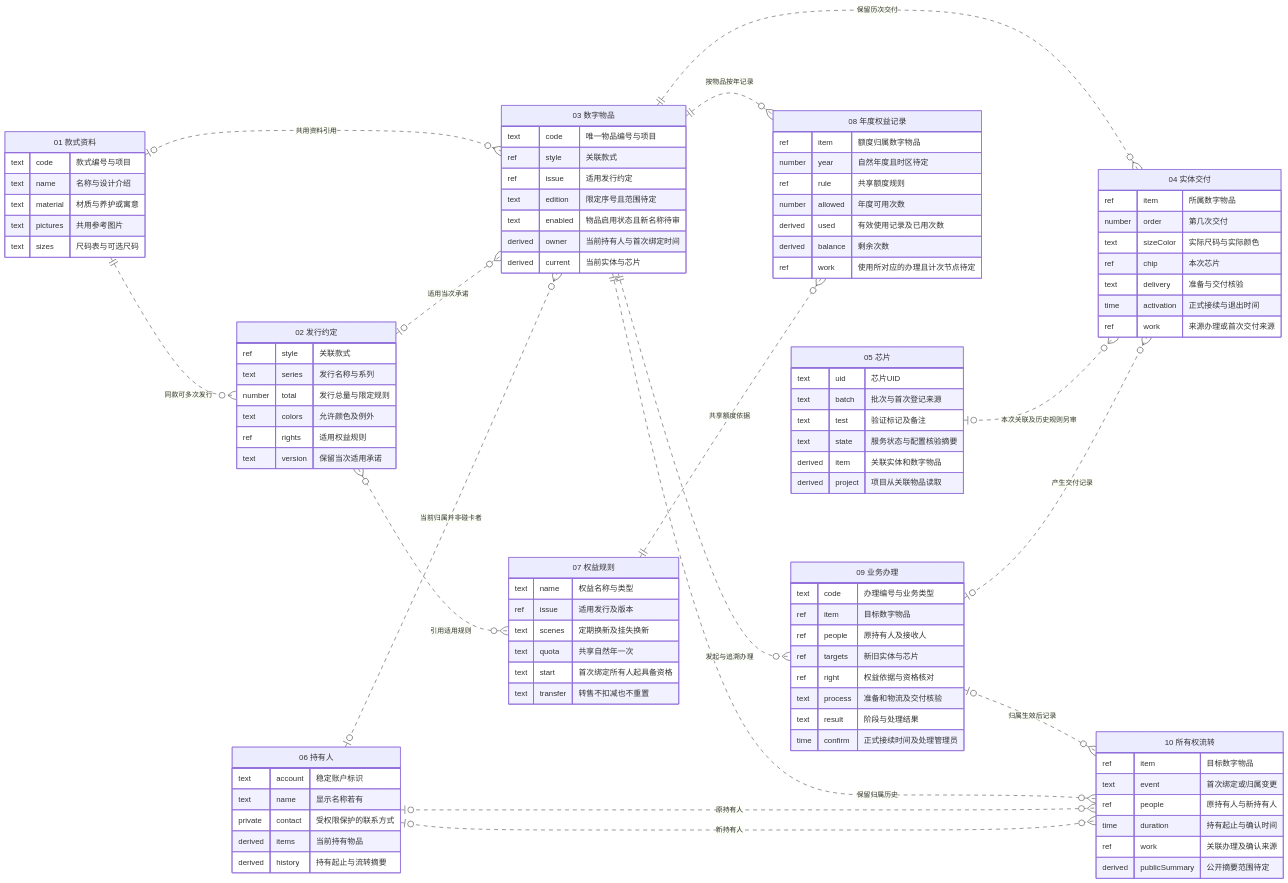
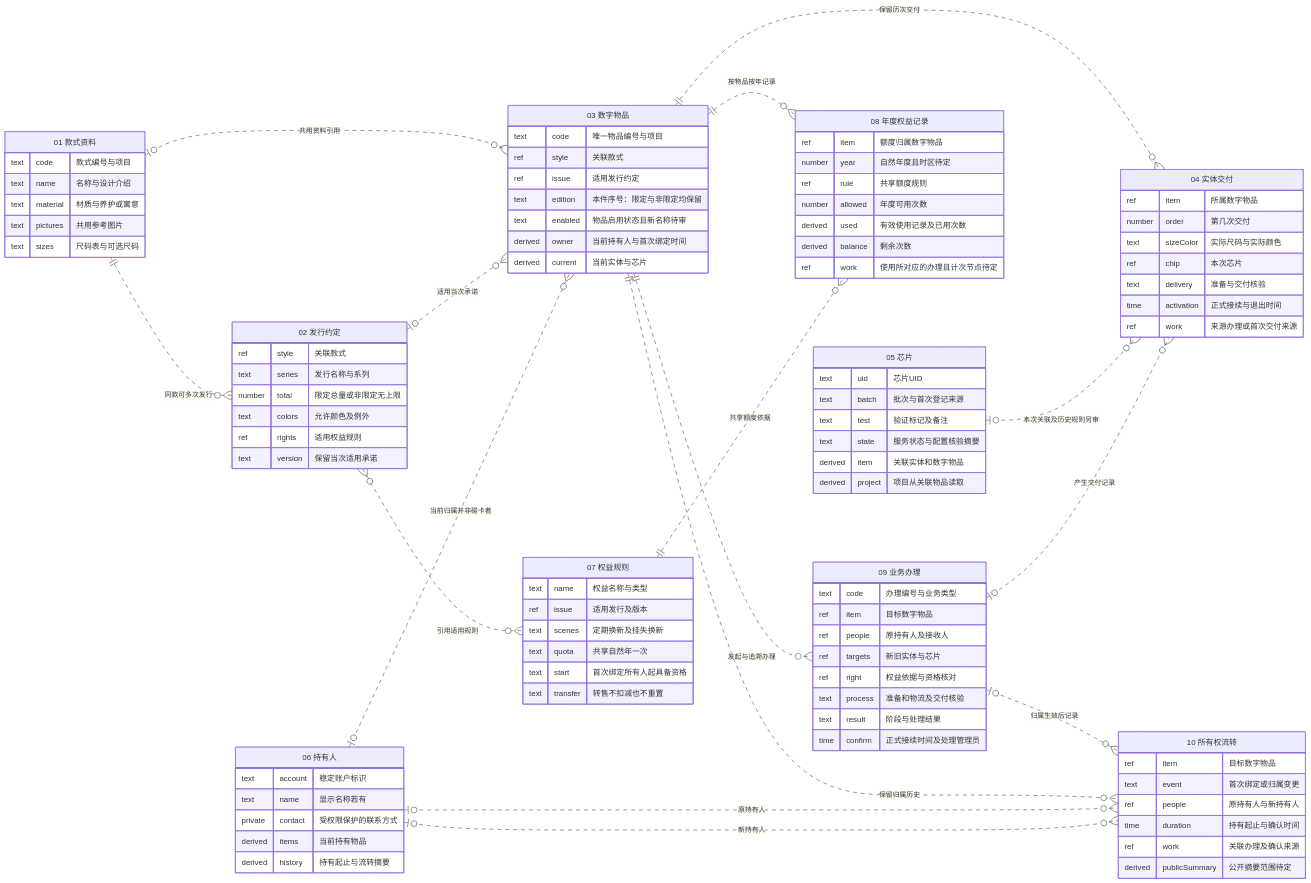
The diagram in docs/assets/admin-business-tables/business-tables.mmd (ilcece/bumbum), drawn with Mermaid before and after one commit. The commit also changed 22 other files, not shown here.

```diff
--- a/docs/assets/admin-business-tables/business-tables.mmd
+++ b/docs/assets/admin-business-tables/business-tables.mmd
@@ -1,100 +1,100 @@
 erDiagram
     direction LR
     styleData["01 款式资料"] {
         text code "款式编号与项目"
         text name "名称与设计介绍"
         text material "材质与养护或寓意"
         text pictures "共用参考图片"
         text sizes "尺码表与可选尺码"
     }
     issueTerms["02 发行约定"] {
         ref style "关联款式"
         text series "发行名称与系列"
-        number total "发行总量与限定规则"
+        number total "限定总量或非限定无上限"
         text colors "允许颜色及例外"
         ref rights "适用权益规则"
         text version "保留当次适用承诺"
     }
     digitalItem["03 数字物品"] {
         text code "唯一物品编号与项目"
         ref style "关联款式"
         ref issue "适用发行约定"
-        text edition "限定序号且范围待定"
+        text edition "本件序号：限定与非限定均保留"
         text enabled "物品启用状态且新名称待审"
         derived owner "当前持有人与首次绑定时间"
         derived current "当前实体与芯片"
     }
     entityDelivery["04 实体交付"] {
         ref item "所属数字物品"
         number order "第几次交付"
         text sizeColor "实际尺码与实际颜色"
         ref chip "本次芯片"
         text delivery "准备与交付核验"
         time activation "正式接续与退出时间"
         ref work "来源办理或首次交付来源"
     }
     chipRecord["05 芯片"] {
         text uid "芯片UID"
         text batch "批次与首次登记来源"
         text test "验证标记及备注"
         text state "服务状态与配置核验摘要"
         derived item "关联实体和数字物品"
         derived project "项目从关联物品读取"
     }
     holderAccount["06 持有人"] {
         text account "稳定账户标识"
         text name "显示名称若有"
         private contact "受权限保护的联系方式"
         derived items "当前持有物品"
         derived history "持有起止与流转摘要"
     }
     rightRule["07 权益规则"] {
         text name "权益名称与类型"
         ref issue "适用发行及版本"
         text scenes "定期换新及挂失换新"
         text quota "共享自然年一次"
         text start "首次绑定所有人起具备资格"
         text transfer "转售不扣减也不重置"
     }
     annualRight["08 年度权益记录"] {
         ref item "额度归属数字物品"
         number year "自然年度且时区待定"
         ref rule "共享额度规则"
         number allowed "年度可用次数"
         derived used "有效使用记录及已用次数"
         derived balance "剩余次数"
         ref work "使用所对应的办理且计次节点待定"
     }
     businessWork["09 业务办理"] {
         text code "办理编号与业务类型"
         ref item "目标数字物品"
         ref people "原持有人及接收人"
         ref targets "新旧实体与芯片"
         ref right "权益依据与资格核对"
         text process "准备和物流及交付核验"
         text result "阶段与处理结果"
         time confirm "正式接续时间及处理管理员"
     }
     ownershipFlow["10 所有权流转"] {
         ref item "目标数字物品"
         text event "首次绑定或归属变更"
         ref people "原持有人与新持有人"
         time duration "持有起止与确认时间"
         ref work "关联办理及确认来源"
         derived publicSummary "公开摘要范围待定"
     }
     styleData ||..o{ issueTerms : "同款可多次发行"
     styleData o|..o{ digitalItem : "共用资料引用"
     issueTerms o|..o{ digitalItem : "适用当次承诺"
     digitalItem ||..o{ entityDelivery : "保留历次交付"
     chipRecord o|..o{ entityDelivery : "本次关联及历史规则另审"
     holderAccount o|..o{ digitalItem : "当前归属并非碰卡者"
     issueTerms }o..o{ rightRule : "引用适用规则"
     digitalItem ||..o{ annualRight : "按物品按年记录"
     rightRule ||..o{ annualRight : "共享额度依据"
     digitalItem ||..o{ businessWork : "发起与追溯办理"
     businessWork o|..o{ entityDelivery : "产生交付记录"
     businessWork o|..o{ ownershipFlow : "归属生效后记录"
     digitalItem ||..o{ ownershipFlow : "保留归属历史"
     holderAccount o|..o{ ownershipFlow : "原持有人"
     holderAccount o|..o{ ownershipFlow : "新持有人"
```
